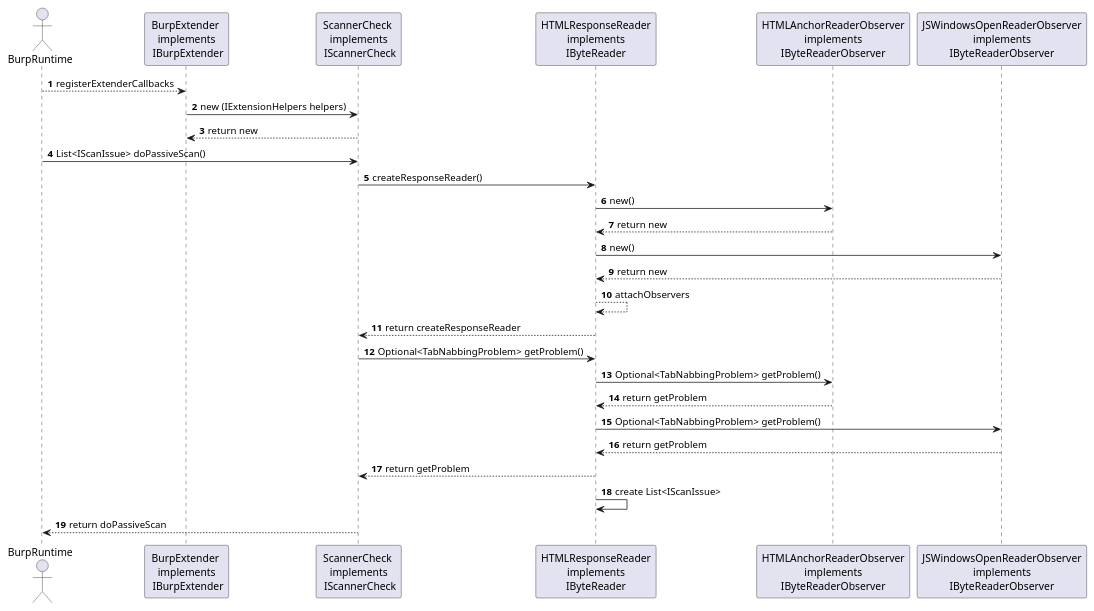
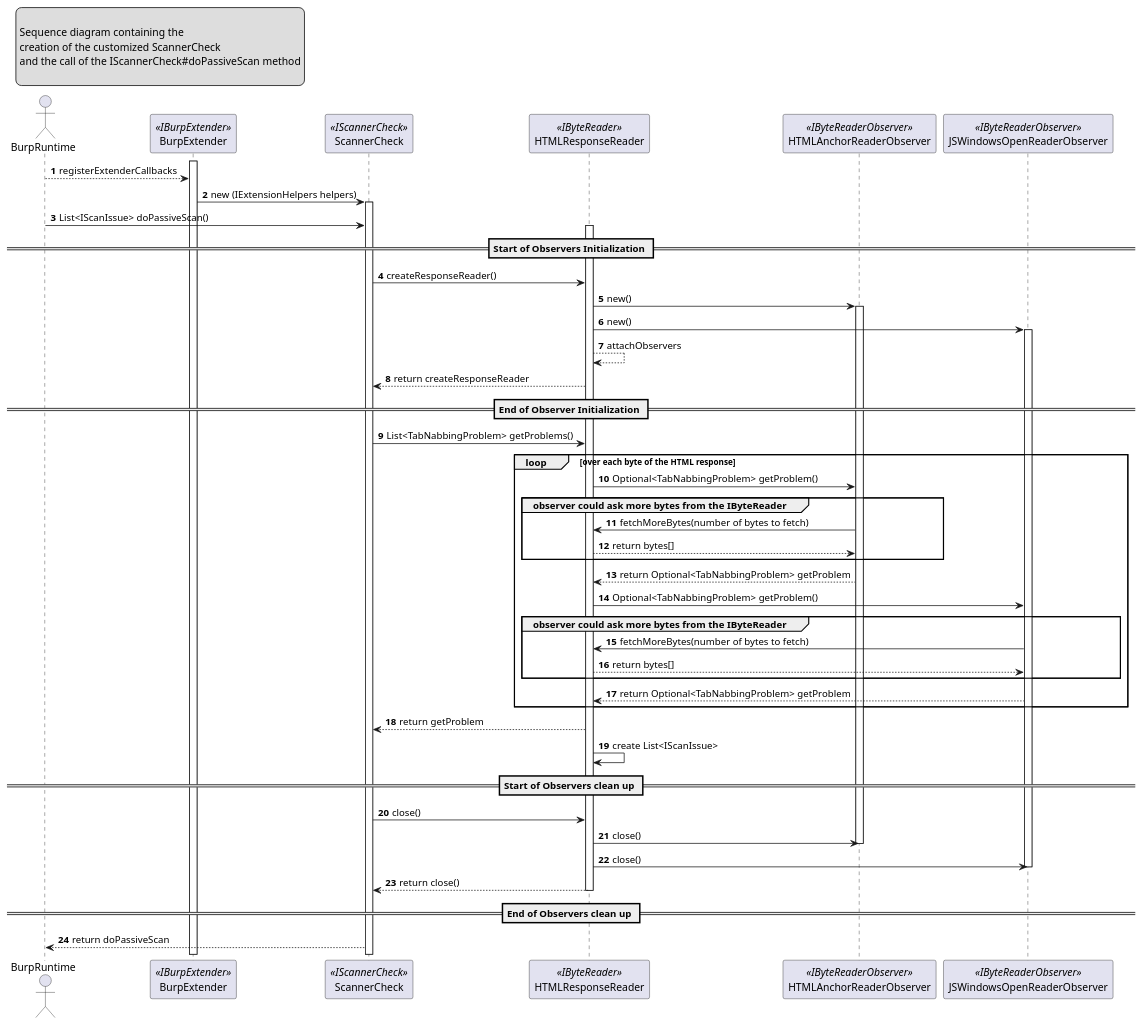
One commit to AdrianCitu/burp-tabnabbing-extension changed the diagram in src/main/resources/ScannerCheck.puml. Above: the diagram before and after it, drawn with PlantUML.

Commit message:
Added sequeance diagram using PlantUML

```diff
--- a/src/main/resources/ScannerCheck.puml
+++ b/src/main/resources/ScannerCheck.puml
@@ -1,39 +1,90 @@
 @startuml
+legend top left
+
+Sequence diagram containing the
+creation of the customized ScannerCheck
+and the call of the IScannerCheck#doPassiveScan method
+
+end legend
+
 autonumber
 actor BurpRuntime
+participant "BurpExtender" as IBurpExtender << IBurpExtender >>
+participant "ScannerCheck" as IScannerCheck << IScannerCheck >>
+participant "HTMLResponseReader" as HTMLResponseReader << IByteReader >>
+participant "HTMLAnchorReaderObserver" as HTMLAnchorReaderObserver << IByteReaderObserver >>
+participant "JSWindowsOpenReaderObserver" as JSWindowsOpenReaderObserver << IByteReaderObserver >>
 
-BurpRuntime --> "BurpExtender \n implements \n IBurpExtender" : registerExtenderCallbacks
-"BurpExtender \n implements \n IBurpExtender" -> "ScannerCheck \n implements \n IScannerCheck": new (IExtensionHelpers helpers)
-"BurpExtender \n implements \n IBurpExtender" <-- "ScannerCheck \n implements \n IScannerCheck": return new
+activate IBurpExtender
 
-BurpRuntime -> "ScannerCheck \n implements \n IScannerCheck": List<IScanIssue> doPassiveScan()
+BurpRuntime --> IBurpExtender: registerExtenderCallbacks
 
-"ScannerCheck \n implements \n IScannerCheck" -> "HTMLResponseReader\nimplements\nIByteReader": createResponseReader()
+IBurpExtender -> IScannerCheck: new (IExtensionHelpers helpers)
+activate IScannerCheck
 
 
-"HTMLResponseReader\nimplements\nIByteReader" -> "HTMLAnchorReaderObserver\nimplements\nIByteReaderObserver": new()
-"HTMLResponseReader\nimplements\nIByteReader" <-- "HTMLAnchorReaderObserver\nimplements\nIByteReaderObserver": return new
 
-"HTMLResponseReader\nimplements\nIByteReader" -> "JSWindowsOpenReaderObserver\nimplements\nIByteReaderObserver": new()
-"HTMLResponseReader\nimplements\nIByteReader" <-- "JSWindowsOpenReaderObserver\nimplements\nIByteReaderObserver": return new
+BurpRuntime -> IScannerCheck: List<IScanIssue> doPassiveScan()
 
-"HTMLResponseReader\nimplements\nIByteReader" --> "HTMLResponseReader\nimplements\nIByteReader": attachObservers
-"ScannerCheck \n implements \n IScannerCheck" <-- "HTMLResponseReader\nimplements\nIByteReader": return createResponseReader
-
-"ScannerCheck \n implements \n IScannerCheck" -> "HTMLResponseReader\nimplements\nIByteReader":Optional<TabNabbingProblem> getProblem()
-
-"HTMLResponseReader\nimplements\nIByteReader" ->"HTMLAnchorReaderObserver\nimplements\nIByteReaderObserver":Optional<TabNabbingProblem> getProblem()
-"HTMLResponseReader\nimplements\nIByteReader" <--"HTMLAnchorReaderObserver\nimplements\nIByteReaderObserver":return getProblem
+== Start of Observers Initialization ==
+activate HTMLResponseReader
+IScannerCheck -> HTMLResponseReader: createResponseReader()
 
 
-"HTMLResponseReader\nimplements\nIByteReader" ->"JSWindowsOpenReaderObserver\nimplements\nIByteReaderObserver":Optional<TabNabbingProblem> getProblem()
-"HTMLResponseReader\nimplements\nIByteReader" <--"JSWindowsOpenReaderObserver\nimplements\nIByteReaderObserver":return getProblem
+HTMLResponseReader -> HTMLAnchorReaderObserver: new()
+activate HTMLAnchorReaderObserver
 
-"ScannerCheck \n implements \n IScannerCheck" <-- "HTMLResponseReader\nimplements\nIByteReader":return getProblem
 
-"HTMLResponseReader\nimplements\nIByteReader" -> "HTMLResponseReader\nimplements\nIByteReader": create List<IScanIssue>
 
-BurpRuntime <-- "ScannerCheck \n implements \n IScannerCheck": return doPassiveScan
+HTMLResponseReader -> JSWindowsOpenReaderObserver: new()
+activate JSWindowsOpenReaderObserver
+
+
+
+HTMLResponseReader --> HTMLResponseReader: attachObservers
+
+
+IScannerCheck <-- HTMLResponseReader: return createResponseReader
+
+== End of Observer Initialization ==
+IScannerCheck -> HTMLResponseReader:List<TabNabbingProblem> getProblems()
+
+loop over each byte of the HTML response
+
+HTMLResponseReader ->HTMLAnchorReaderObserver:Optional<TabNabbingProblem> getProblem()
+
+group observer could ask more bytes from the IByteReader
+ HTMLResponseReader <- HTMLAnchorReaderObserver: fetchMoreBytes(number of bytes to fetch)
+ HTMLResponseReader --> HTMLAnchorReaderObserver: return bytes[]
+end
+HTMLResponseReader <--HTMLAnchorReaderObserver:return Optional<TabNabbingProblem> getProblem
+
+
+HTMLResponseReader ->JSWindowsOpenReaderObserver:Optional<TabNabbingProblem> getProblem()
+group observer could ask more bytes from the IByteReader
+ HTMLResponseReader <- JSWindowsOpenReaderObserver: fetchMoreBytes(number of bytes to fetch)
+ HTMLResponseReader --> JSWindowsOpenReaderObserver: return bytes[]
+end
+HTMLResponseReader <--JSWindowsOpenReaderObserver:return Optional<TabNabbingProblem> getProblem
+end
+IScannerCheck <-- HTMLResponseReader:return getProblem
+
+
+HTMLResponseReader -> HTMLResponseReader: create List<IScanIssue>
+
+== Start of Observers clean up ==
+
+IScannerCheck -> HTMLResponseReader: close()
+HTMLResponseReader -> HTMLAnchorReaderObserver:close()
+deactivate HTMLAnchorReaderObserver
+
+HTMLResponseReader -> JSWindowsOpenReaderObserver:close()
+deactivate JSWindowsOpenReaderObserver
+IScannerCheck <-- HTMLResponseReader: return close()
+deactivate HTMLResponseReader
+== End of Observers clean up ==
+
+BurpRuntime <-- IScannerCheck: return doPassiveScan
 
 
 @enduml
```
